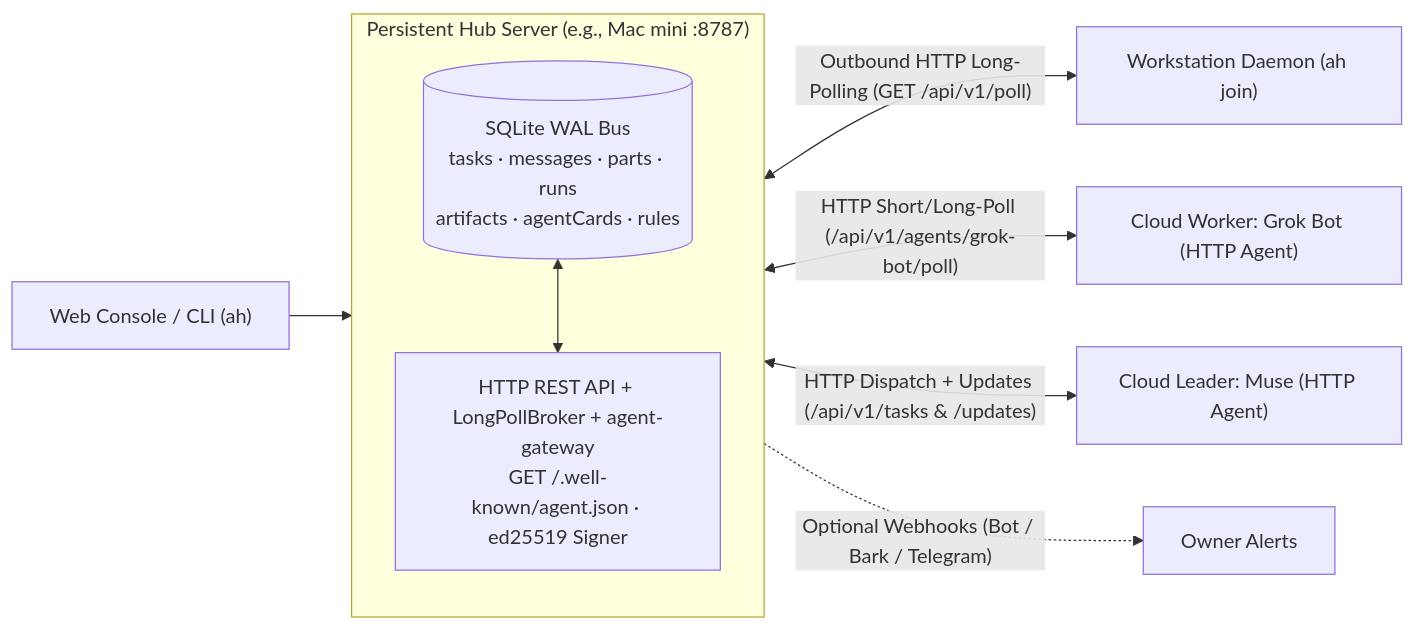
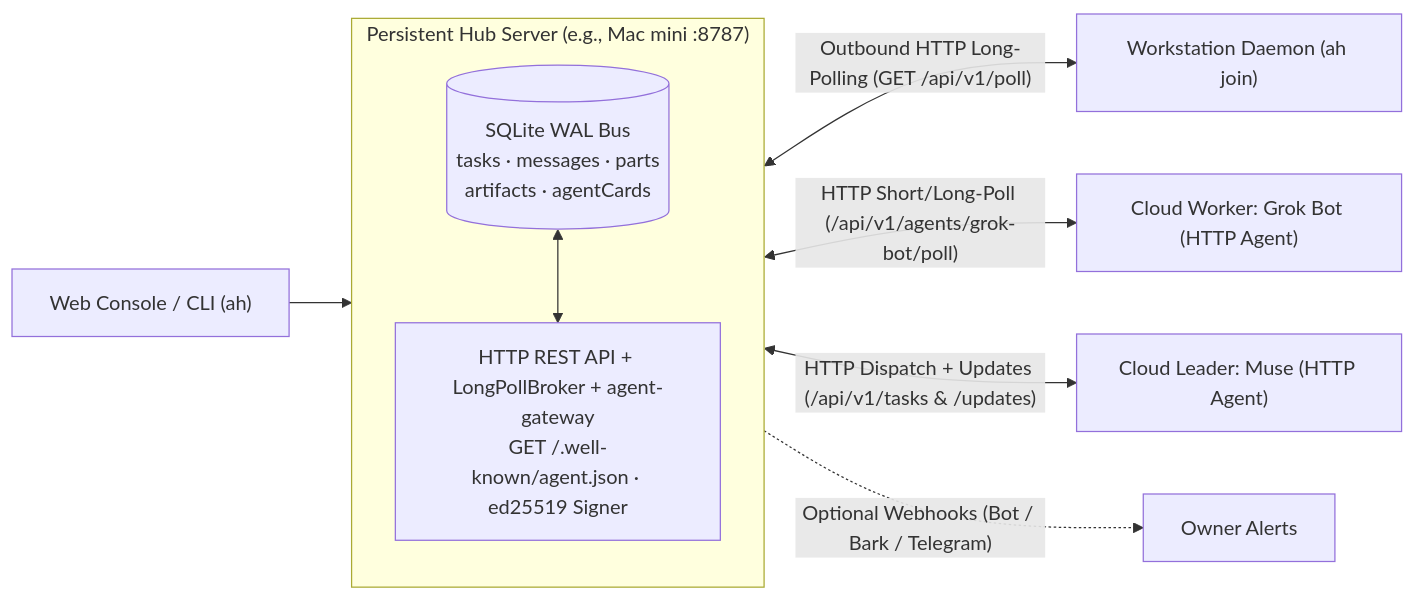
The diagram in README.en.md (backtomyfuture/a2a-hub), drawn with Mermaid before and after one commit. The commit also changed other lines of this file and 63 other files, not shown here.

````diff
--- a/README.en.md
+++ b/README.en.md
@@ -32,14 +32,14 @@
 ```mermaid
 flowchart LR
     WEB["Web Console / CLI (ah)"] --> HUB
     subgraph HUB["Persistent Hub Server (e.g., Mac mini :8787)"]
         direction TB
-        SQL[("SQLite WAL Bus\ntasks · messages · parts · runs\nartifacts · agentCards · rules")]
+        SQL[("SQLite WAL Bus\ntasks · messages · parts\nartifacts · agentCards")]
         API["HTTP REST API + LongPollBroker + agent-gateway\nGET /.well-known/agent.json · ed25519 Signer"]
         SQL <--> API
     end
     HUB <-->|"Outbound HTTP Long-Polling (GET /api/v1/poll)"| N1["Workstation Daemon (ah join)"]
     HUB <-->|"HTTP Short/Long-Poll (/api/v1/agents/grok-bot/poll)"| N2["Cloud Worker: Grok Bot (HTTP Agent)"]
     HUB <-->|"HTTP Dispatch + Updates (/api/v1/tasks & /updates)"| N3["Cloud Leader: Muse (HTTP Agent)"]
     HUB -.->|"Optional Webhooks (Bot / Bark / Telegram)"| OWNER["Owner Alerts"]
 ```
````
